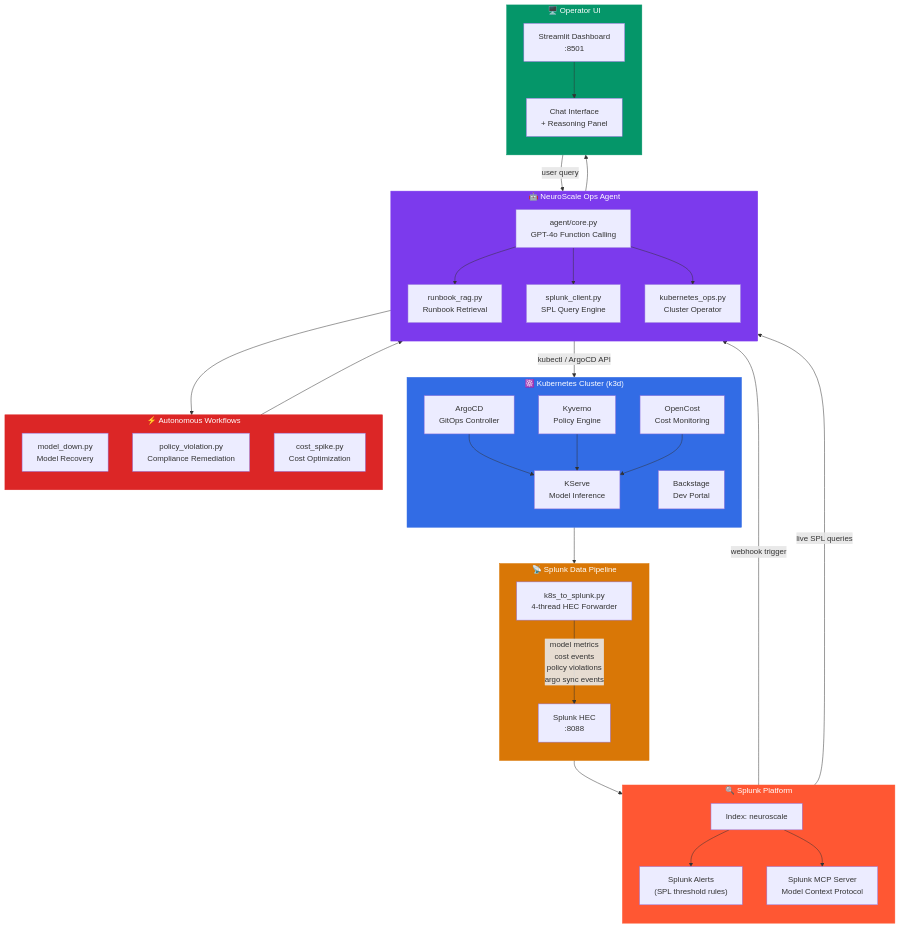
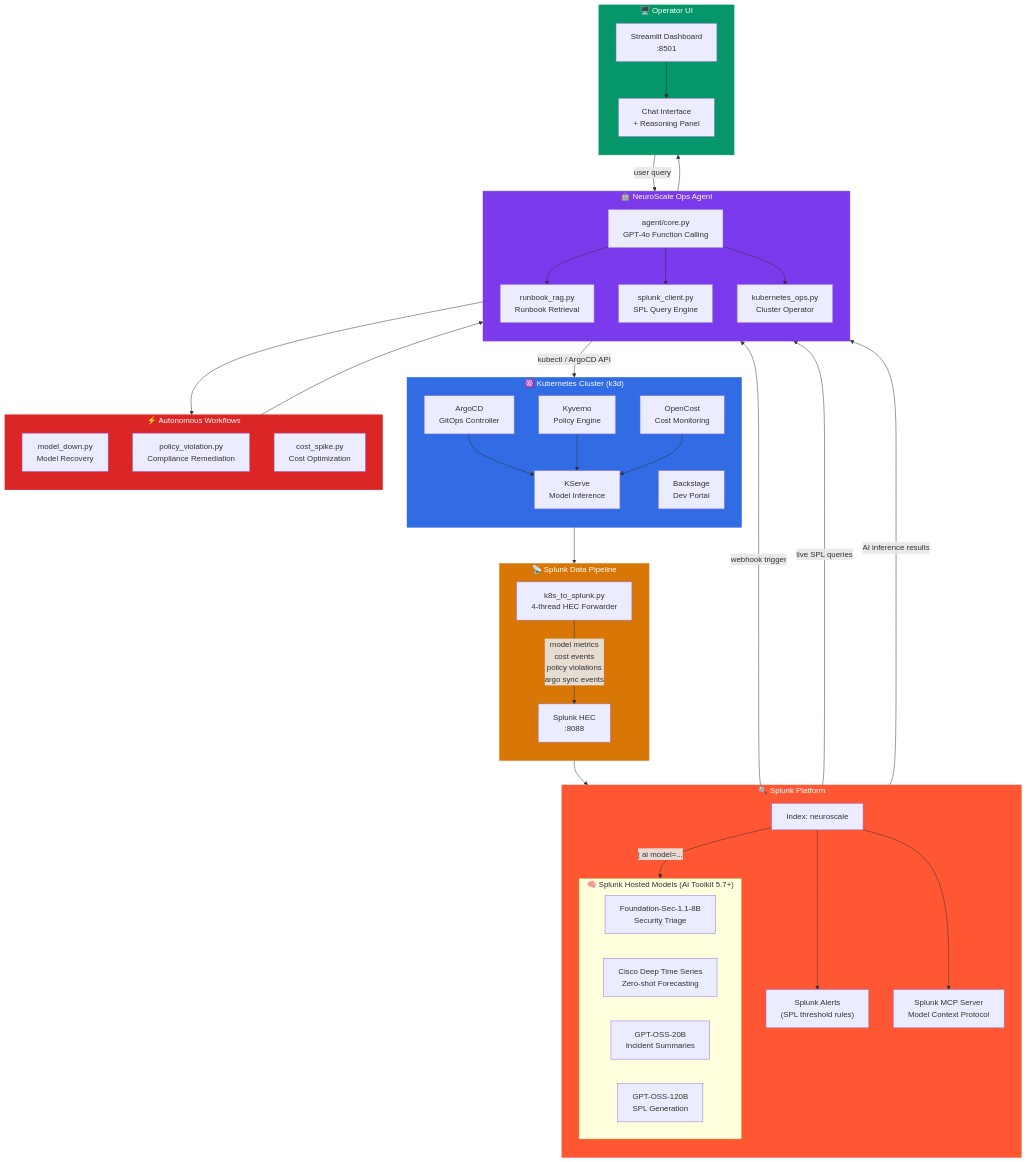
Before and after one commit to sodiq-code/neuroscale-ops-agent: the diagram in architecture_diagram.md, drawn with Mermaid. The commit also changed 5 other files, not shown here.

First line of the commit message:
feat: Splunk Hosted Models — Foundation-Sec, Cisco DTS, GPT-OSS via | ai SPL command

```diff
--- a/architecture_diagram.md
+++ b/architecture_diagram.md
@@ -30,6 +30,15 @@
         MCP["Splunk MCP Server\nModel Context Protocol"]
         IDX --> ALERTS
         IDX --> MCP
+
+        subgraph HOSTED_MODELS["🧠 Splunk Hosted Models (AI Toolkit 5.7+)"]
+            direction LR
+            FSEC["Foundation-Sec-1.1-8B\nSecurity Triage"]
+            DTS["Cisco Deep Time Series\nZero-shot Forecasting"]
+            GPT20["GPT-OSS-20B\nIncident Summaries"]
+            GPT120["GPT-OSS-120B\nSPL Generation"]
+        end
+        IDX -->|"| ai model=..."| HOSTED_MODELS
     end
 
     subgraph AGENT["🤖 NeuroScale Ops Agent"]
@@ -62,6 +71,7 @@
     HEC --> IDX
     ALERTS -->|"webhook trigger"| AGENT
     MCP -->|"live SPL queries"| AGENT
+    HOSTED_MODELS -->|"AI inference results"| AGENT
     AGENT --> WORKFLOWS
     WORKFLOWS --> K8S_OPS
     K8S_OPS -->|"kubectl / ArgoCD API"| K8S
```
